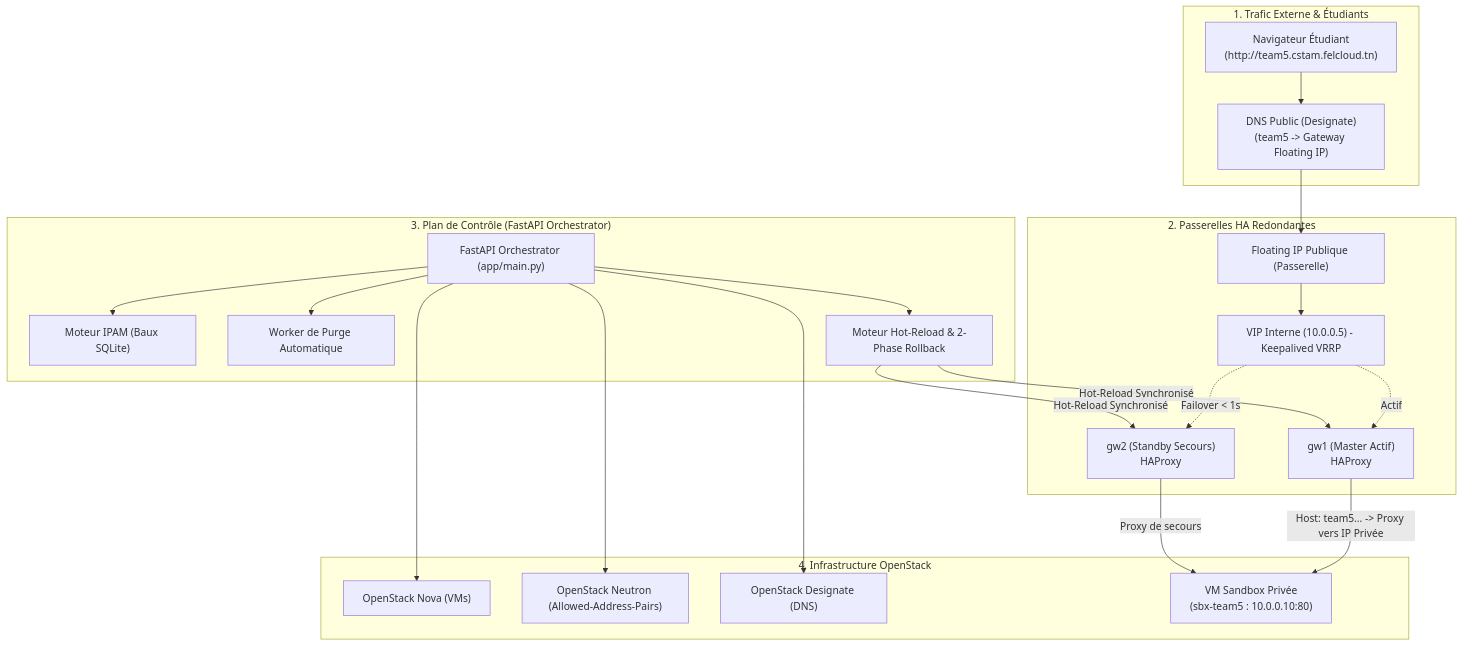
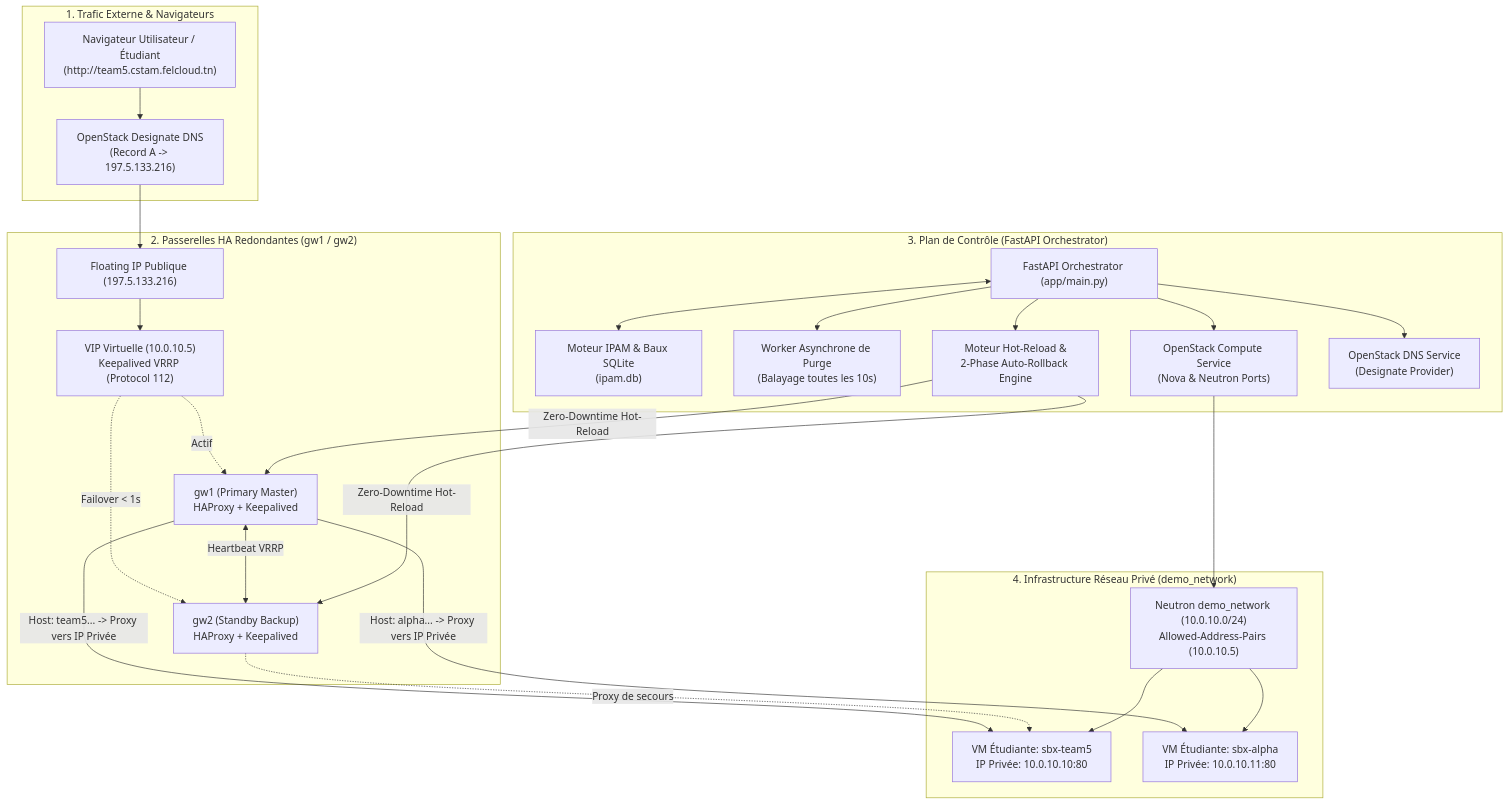
Before and after one commit to Ahmed-Aziz-Hssairi/CSTAM_CLOUD: the diagram in README.md, drawn with Mermaid. The commit also changed other lines of this file and 8 other files, not shown here.

Commit message:
feat(phase1): complete MVP implementation, multi-factor IPAM recycling, HA gateways failover & full architecture documentation

````diff
--- a/README.md
+++ b/README.md
@@ -17,46 +25,53 @@
 ```mermaid
 flowchart TB
-    subgraph External_Traffic["1. Trafic Externe & Étudiants"]
-        Student["Navigateur Étudiant\n(http://team5.cstam.felcloud.tn)"]
-        DNS["DNS Public (Designate)\n(team5 -> Gateway Floating IP)"]
+    subgraph External_Traffic["1. Trafic Externe & Navigateurs"]
+        Student["Navigateur Utilisateur / Étudiant\n(http://team5.cstam.felcloud.tn)"]
+        DNS["OpenStack Designate DNS\n(Record A -> 197.5.133.216)"]
     end
 
-    subgraph Edge_Gateways["2. Passerelles HA Redondantes"]
-        FIP["Floating IP Publique (Passerelle)"]
-        VIP["VIP Interne (10.0.0.5) - Keepalived VRRP"]
-        GW1["gw1 (Master Actif)\nHAProxy"]
-        GW2["gw2 (Standby Secours)\nHAProxy"]
+    subgraph Edge_HA_Gateways["2. Passerelles HA Redondantes (gw1 / gw2)"]
+        FIP["Floating IP Publique (197.5.133.216)"]
+        VIP["VIP Virtuelle (10.0.10.5)\nKeepalived VRRP (Protocol 112)"]
+        GW1["gw1 (Primary Master)\nHAProxy + Keepalived"]
+        GW2["gw2 (Standby Backup)\nHAProxy + Keepalived"]
+        
         FIP --> VIP
         VIP -.->|Actif| GW1
         VIP -.->|Failover < 1s| GW2
+        GW1 <-->|Heartbeat VRRP| GW2
     end
 
     subgraph Control_Plane["3. Plan de Contrôle (FastAPI Orchestrator)"]
         API["FastAPI Orchestrator (app/main.py)"]
-        IPAM["Moteur IPAM (Baux SQLite)"]
-        Worker["Worker de Purge Automatique"]
-        GatewaySvc["Moteur Hot-Reload & 2-Phase Rollback"]
+        IPAM["Moteur IPAM & Baux SQLite\n(ipam.db)"]
+        Worker["Worker Asynchrone de Purge\n(Balayage toutes les 10s)"]
+        GatewaySvc["Moteur Hot-Reload &\n2-Phase Auto-Rollback Engine"]
+        ComputeSvc["OpenStack Compute Service\n(Nova & Neutron Ports)"]
+        DNSSvc["OpenStack DNS Service\n(Designate Provider)"]
     end
 
-    subgraph OpenStack_Infra["4. Infrastructure OpenStack"]
-        Nova["OpenStack Nova (VMs)"]
-        Neutron["OpenStack Neutron (Allowed-Address-Pairs)"]
-        DesignateSvc["OpenStack Designate (DNS)"]
-        Sandbox["VM Sandbox Privée\n(sbx-team5 : 10.0.0.10:80)"]
+    subgraph OpenStack_Infra["4. Infrastructure Réseau Privé (demo_network)"]
+        Neutron["Neutron demo_network (10.0.10.0/24)\nAllowed-Address-Pairs (10.0.10.5)"]
+        VM1["VM Étudiante: sbx-team5\nIP Privée: 10.0.10.10:80"]
+        VM2["VM Étudiante: sbx-alpha\nIP Privée: 10.0.10.11:80"]
     end
 
     Student --> DNS
     DNS --> FIP
-    GW1 -->|Host: team5... -> Proxy vers IP Privée| Sandbox
-    GW2 -->|Proxy de secours| Sandbox
+    GW1 -->|Host: team5... -> Proxy vers IP Privée| VM1
+    GW1 -->|Host: alpha... -> Proxy vers IP Privée| VM2
+    GW2 -.->|Proxy de secours| VM1
 
-    API --> IPAM
+    API <--> IPAM
     API --> Worker
     API --> GatewaySvc
-    API --> Nova
-    API --> Neutron
-    API --> DesignateSvc
+    API --> ComputeSvc
+    API --> DNSSvc
 
-    GatewaySvc -->|Hot-Reload Synchronisé| GW1
-    GatewaySvc -->|Hot-Reload Synchronisé| GW2
+    GatewaySvc -->|Zero-Downtime Hot-Reload| GW1
+    GatewaySvc -->|Zero-Downtime Hot-Reload| GW2
+
+    ComputeSvc --> Neutron
+    Neutron --> VM1
+    Neutron --> VM2
 ```
````
